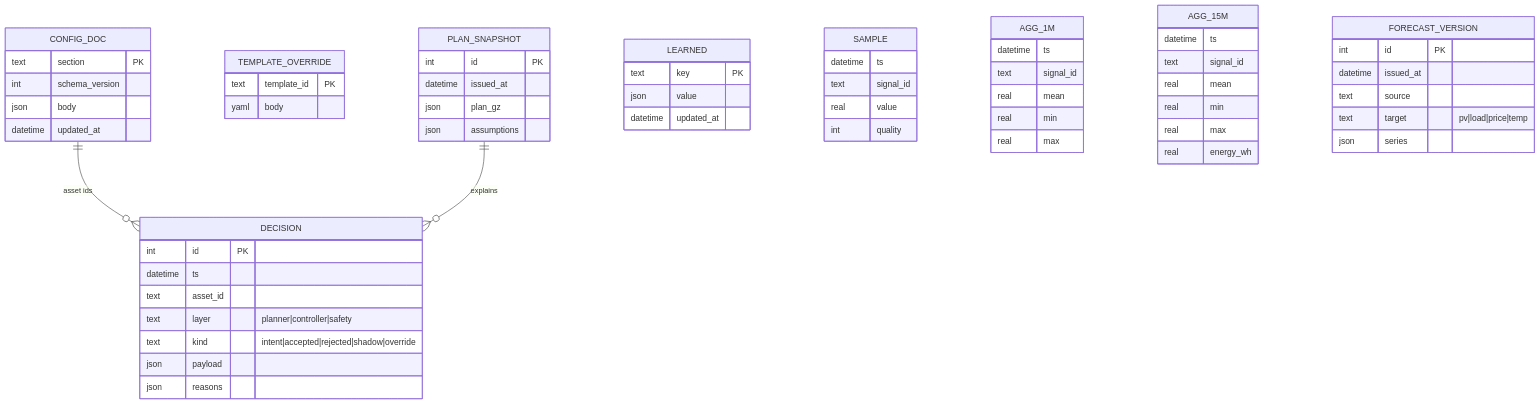
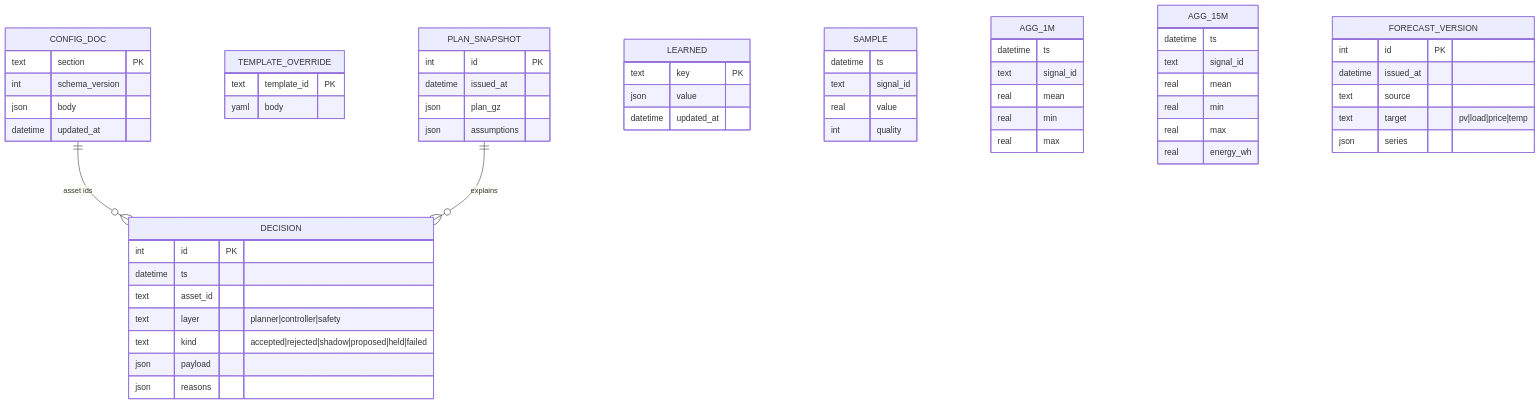
One commit to PXLJAKE/SunCore changed the seventh of 8 diagrams in docs/architecture.md. Above: the diagram before and after it, drawn with Mermaid. The commit also changed other lines of this file and 12 other files, not shown here.

First line of the commit message:
docs: surplus control guide, architecture and status for phase 3

````diff
--- a/docs/architecture.md
+++ b/docs/architecture.md
@@ -285,63 +378,63 @@
 ```mermaid
 erDiagram
     CONFIG_DOC {
         text section PK
         int schema_version
         json body
         datetime updated_at
     }
     TEMPLATE_OVERRIDE {
         text template_id PK
         yaml body
     }
     DECISION {
         int id PK
         datetime ts
         text asset_id
         text layer "planner|controller|safety"
-        text kind "intent|accepted|rejected|shadow|override"
+        text kind "accepted|rejected|shadow|proposed|held|failed"
         json payload
         json reasons
     }
     PLAN_SNAPSHOT {
         int id PK
         datetime issued_at
         json plan_gz
         json assumptions
     }
     LEARNED {
         text key PK
         json value
         datetime updated_at
     }
     SAMPLE {
         datetime ts
         text signal_id
         real value
         int quality
     }
     AGG_1M {
         datetime ts
         text signal_id
         real mean
         real min
         real max
     }
     AGG_15M {
         datetime ts
         text signal_id
         real mean
         real min
         real max
         real energy_wh
     }
     FORECAST_VERSION {
         int id PK
         datetime issued_at
         text source
         text target "pv|load|price|temp"
         json series
     }
     CONFIG_DOC ||--o{ DECISION : "asset ids"
     PLAN_SNAPSHOT ||--o{ DECISION : "explains"
 ```
````
